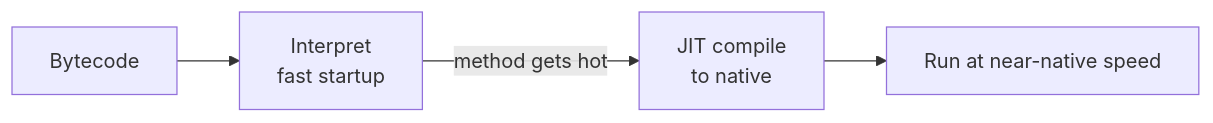
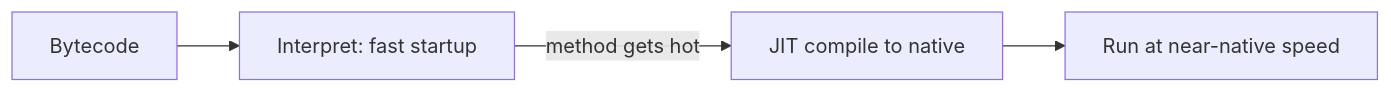
The second of 2 diagrams in src/modules/java/content/01-getting-started/03-how-java-runs.md (mohammad-mriesh-job/cortex), drawn with Mermaid before and after one commit. The commit also changed other lines of this file and 257 other files, not shown here.

````diff
--- a/src/modules/java/content/01-getting-started/03-how-java-runs.md
+++ b/src/modules/java/content/01-getting-started/03-how-java-runs.md
@@ -71,6 +71,6 @@
 ```mermaid
 flowchart LR
-    A[Bytecode] --> B[Interpret<br/>fast startup]
-    B -->|method gets hot| C[JIT compile<br/>to native]
+    A[Bytecode] --> B["Interpret: fast startup"]
+    B -->|method gets hot| C["JIT compile to native"]
     C --> D[Run at near-native speed]
 ```
````
